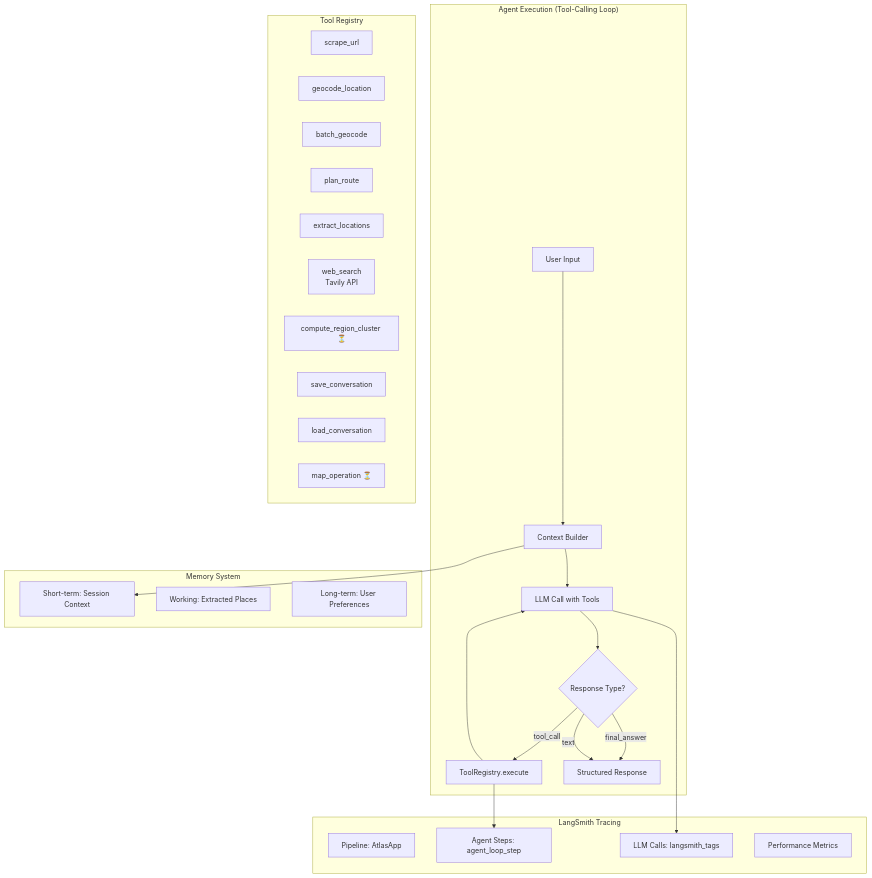
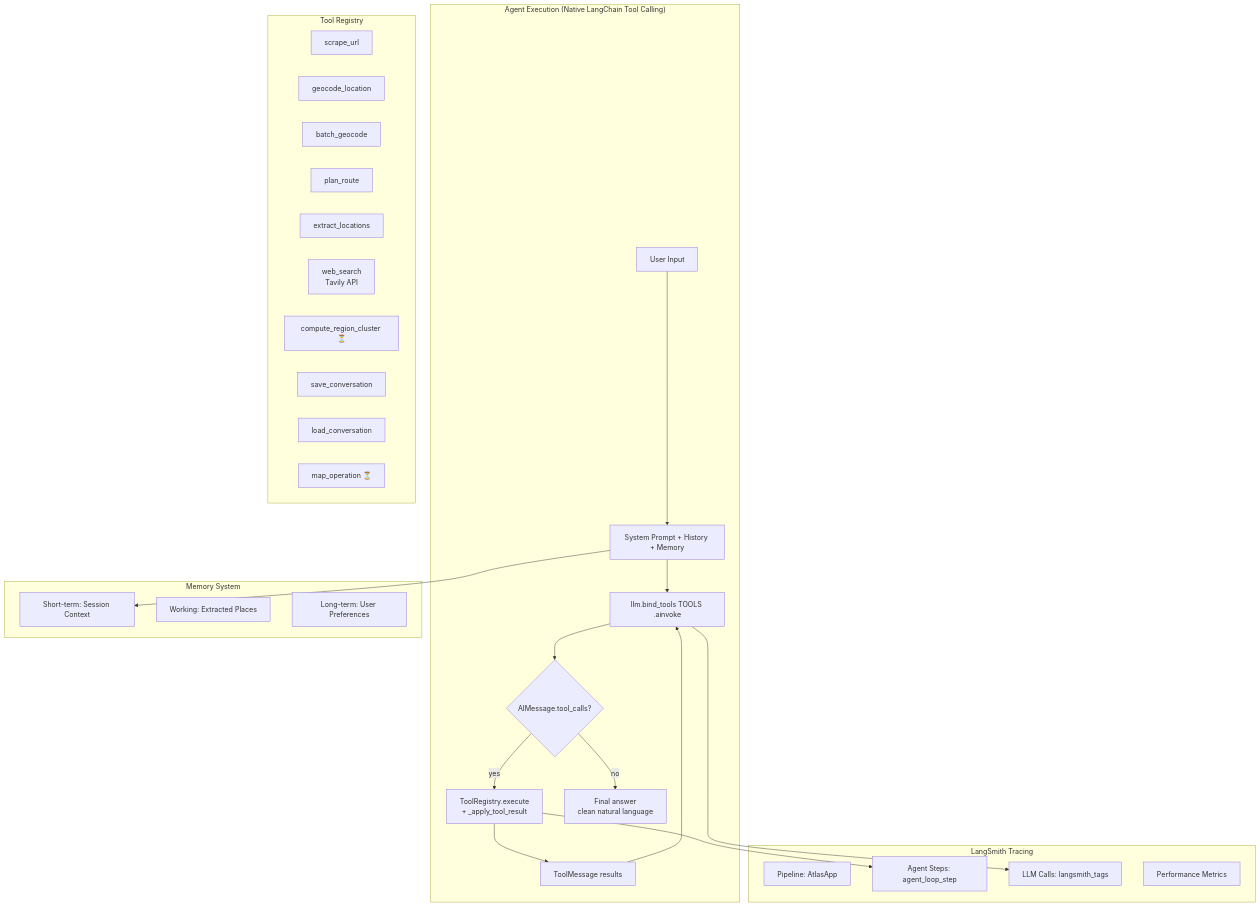
Before and after one commit to zjwang168/atlas-mobile: the second of 9 diagrams in README.md, drawn with Mermaid. The commit also changed other lines of this file, not shown here.

First line of the commit message:
update architecture diagrams for the LangChain chat agent

````diff
--- a/README.md
+++ b/README.md
@@ -124,42 +129,42 @@
 ```mermaid
 graph TD
-    subgraph "Agent Execution (Tool-Calling Loop)"
-        UI[User Input] --> CB[Context Builder]
-        CB --> LLM[LLM Call with Tools]
-        LLM --> RT{Response Type?}
-        RT -->|tool_call| TREQ[ToolRegistry.execute]
-        TREQ --> LLM
-        RT -->|final_answer| RESP[Structured Response]
-        RT -->|text| RESP
+    subgraph "Agent Execution (Native LangChain Tool Calling)"
+        UI[User Input] --> CB[System Prompt + History + Memory]
+        CB --> LLM[llm.bind_tools TOOLS .ainvoke]
+        LLM --> TC{AIMessage.tool_calls?}
+        TC -->|yes| TREQ[ToolRegistry.execute<br/>+ _apply_tool_result]
+        TREQ --> TM[ToolMessage results]
+        TM --> LLM
+        TC -->|no| RESP[Final answer<br/>clean natural language]
     end
 
     subgraph "Tool Registry"
         T1[scrape_url]
         T2[geocode_location]
         T3[batch_geocode]
         T4[plan_route]
         T5[extract_locations]
         T6[web_search<br/>Tavily API]
         T7[compute_region_cluster ⏳]
         T8[save_conversation]
         T9[load_conversation]
         T10[map_operation ⏳]
     end
 
     subgraph "Memory System"
         M1[Short-term: Session Context]
         M2[Working: Extracted Places]
         M3[Long-term: User Preferences]
     end
 
     subgraph "LangSmith Tracing"
         LS1[Pipeline: AtlasApp]
         LS2[Agent Steps: agent_loop_step]
         LS3[LLM Calls: langsmith_tags]
         LS4[Performance Metrics]
     end
 
     CB --> M1
     LLM --> LS3
     TREQ --> LS2
 ```
````
